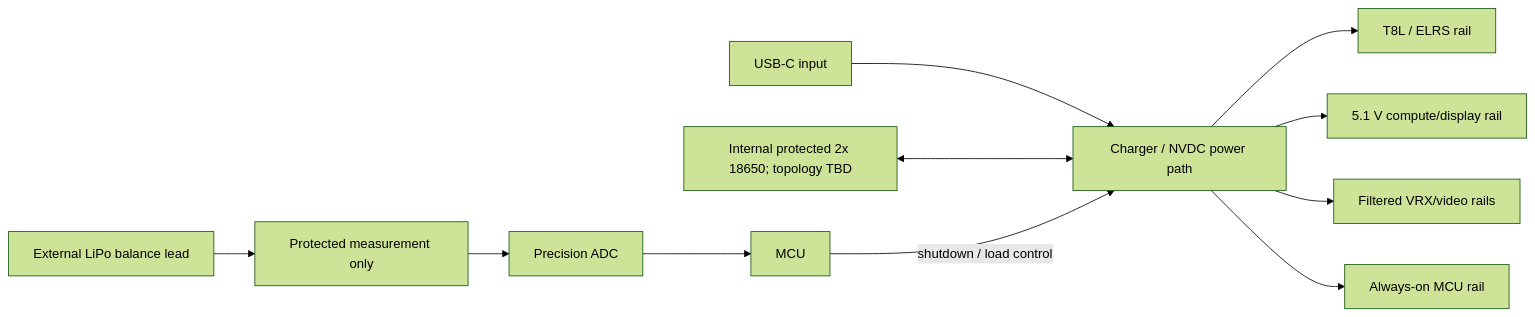
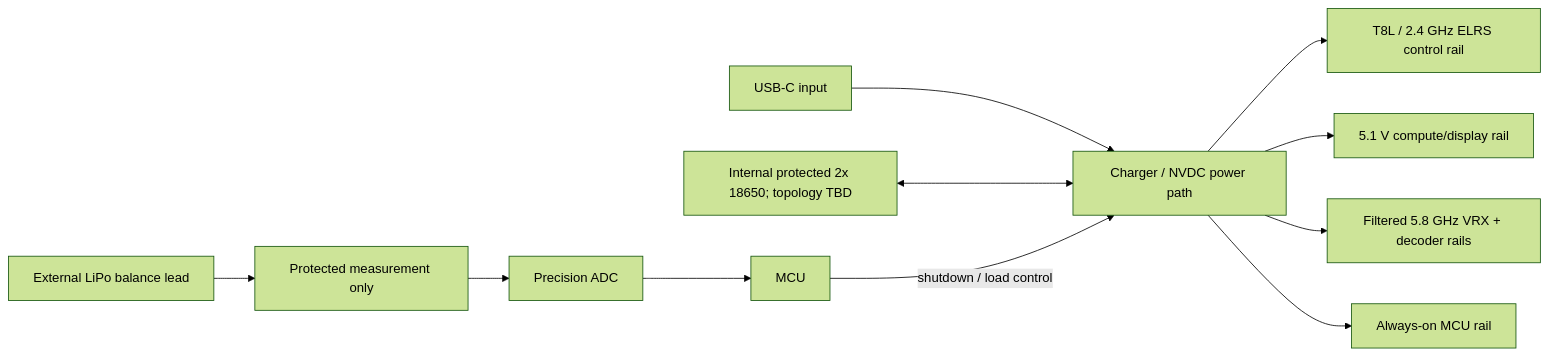
The diagram in docs/assets/diagrams/power-architecture.mmd (wiekstras/FpvDeck), drawn with Mermaid (forest theme) before and after one commit. The commit also changed 45 other files, not shown here.

Commit message:
fix(architecture): separate control radio and analog video

```diff
--- a/docs/assets/diagrams/power-architecture.mmd
+++ b/docs/assets/diagrams/power-architecture.mmd
@@ -1,10 +1,10 @@
 flowchart LR
   USB[USB-C input] --> PMIC[Charger / NVDC power path]
   CELL[Internal protected 2x 18650; topology TBD] <--> PMIC
-  PMIC --> T8L[T8L / ELRS rail]
+  PMIC --> T8L[T8L / 2.4 GHz ELRS control rail]
   PMIC --> FIVE[5.1 V compute/display rail]
-  PMIC --> QUIET[Filtered VRX/video rails]
+  PMIC --> QUIET[Filtered 5.8 GHz VRX + decoder rails]
   PMIC --> AON[Always-on MCU rail]
   EXT[External LiPo balance lead] --> PROTECT[Protected measurement only] --> ADC[Precision ADC]
   ADC --> MCU[MCU]
   MCU -->|shutdown / load control| PMIC
```
